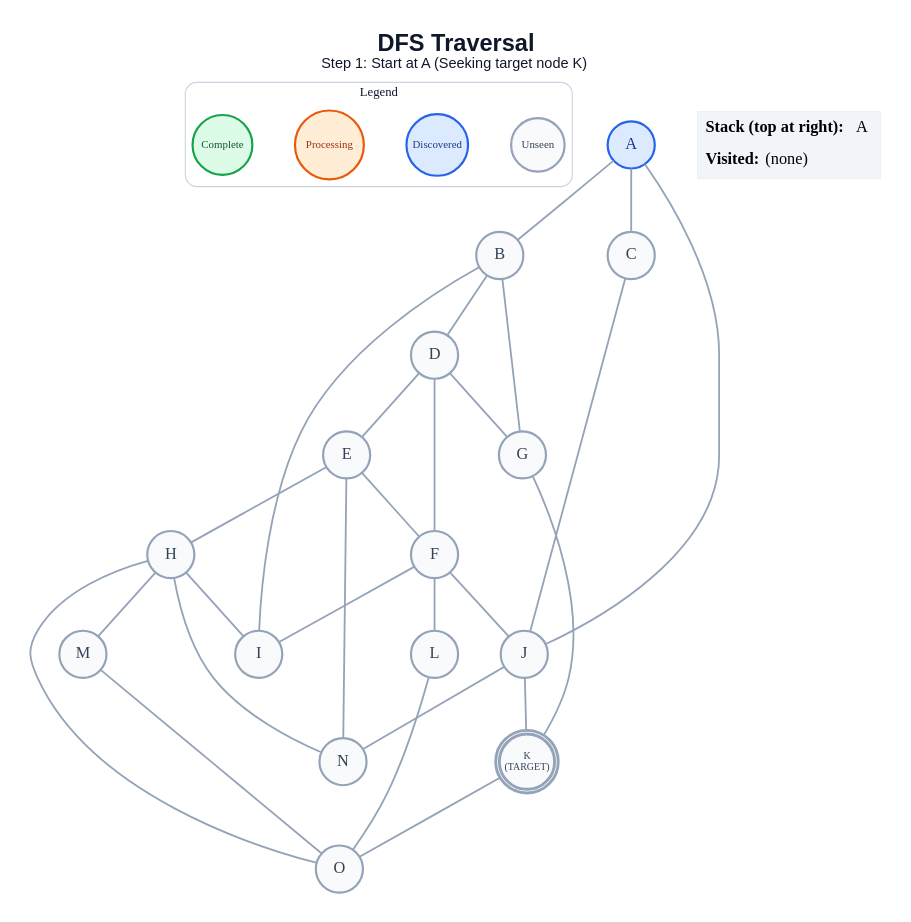
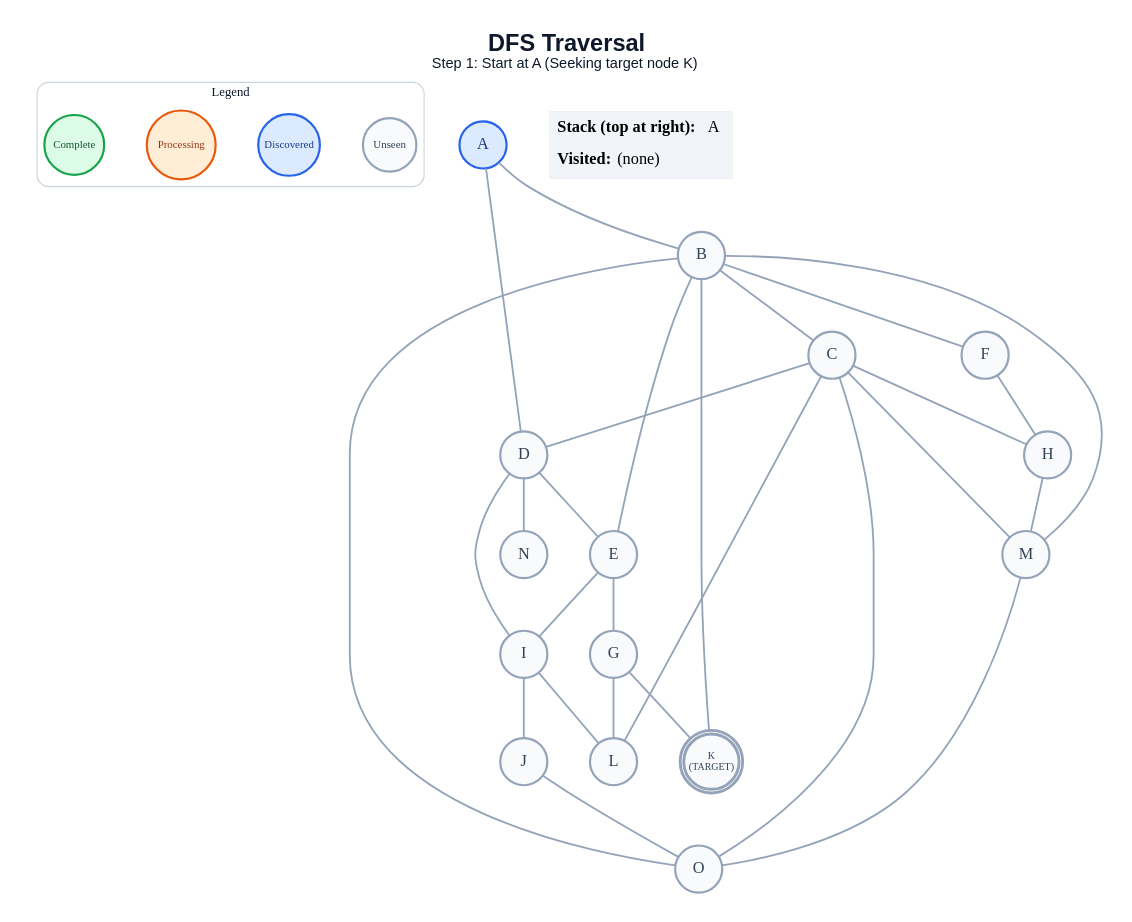
One commit to anon7238593-create/ai-slop changed the diagram in generated/dfs/step_01.dot. Above: the diagram before and after it, drawn with Graphviz. The commit also changed 245 other files, not shown here.

```diff
--- a/generated/dfs/step_01.dot
+++ b/generated/dfs/step_01.dot
@@ -1,60 +1,60 @@
 graph traversal {
   graph [layout=dot, rankdir=TB, bgcolor="#FFFFFF", pad="0.35", nodesep="0.65", ranksep="0.8", fontname="Arial"];
   node [shape=circle, style="filled", fontname="Arial Bold", fontsize=18, width=0.72, fixedsize=true, penwidth=2.4];
   edge [color="#94A3B8", penwidth=2.0];
   label=<<B>DFS Traversal</B><BR/><FONT POINT-SIZE="16">Step 1: Start at A (Seeking target node K)</FONT>>; labelloc="t"; fontsize=26; fontname="Arial"; fontcolor="#0F172A";
   subgraph cluster_legend { label="Legend"; color="#CBD5E1"; penwidth=1.2; style="rounded"; fontsize=14; fontname="Arial Bold";
     key_unseen [label="Unseen", fillcolor="#F8FAFC", color="#94A3B8", fontcolor="#334155", fontsize=12, width=0.82];
     key_frontier [label="Discovered", fillcolor="#DBEAFE", color="#2563EB", fontcolor="#1E3A8A", fontsize=12, width=0.95];
     key_current [label="Processing", fillcolor="#FFEDD5", color="#EA580C", fontcolor="#9A3412", fontsize=12, width=1.05];
     key_done [label="Complete", fillcolor="#DCFCE7", color="#16A34A", fontcolor="#14532D", fontsize=12, width=0.92];
     { rank=same; key_unseen; key_frontier; key_current; key_done; }
   }
   A [label="A", fillcolor="#DBEAFE", color="#2563EB", fontcolor="#1E3A8A", peripheries=1, penwidth=2.4];
   B [label="B", fillcolor="#F8FAFC", color="#94A3B8", fontcolor="#334155", peripheries=1, penwidth=2.4];
   C [label="C", fillcolor="#F8FAFC", color="#94A3B8", fontcolor="#334155", peripheries=1, penwidth=2.4];
   D [label="D", fillcolor="#F8FAFC", color="#94A3B8", fontcolor="#334155", peripheries=1, penwidth=2.4];
   E [label="E", fillcolor="#F8FAFC", color="#94A3B8", fontcolor="#334155", peripheries=1, penwidth=2.4];
   F [label="F", fillcolor="#F8FAFC", color="#94A3B8", fontcolor="#334155", peripheries=1, penwidth=2.4];
   G [label="G", fillcolor="#F8FAFC", color="#94A3B8", fontcolor="#334155", peripheries=1, penwidth=2.4];
   H [label="H", fillcolor="#F8FAFC", color="#94A3B8", fontcolor="#334155", peripheries=1, penwidth=2.4];
   I [label="I", fillcolor="#F8FAFC", color="#94A3B8", fontcolor="#334155", peripheries=1, penwidth=2.4];
   J [label="J", fillcolor="#F8FAFC", color="#94A3B8", fontcolor="#334155", peripheries=1, penwidth=2.4];
   K [label="K\n(TARGET)", fillcolor="#F8FAFC", color="#94A3B8", fontcolor="#334155", peripheries=2, penwidth=3.2, fontsize=11, width=0.85, height=0.85];
   L [label="L", fillcolor="#F8FAFC", color="#94A3B8", fontcolor="#334155", peripheries=1, penwidth=2.4];
   M [label="M", fillcolor="#F8FAFC", color="#94A3B8", fontcolor="#334155", peripheries=1, penwidth=2.4];
   N [label="N", fillcolor="#F8FAFC", color="#94A3B8", fontcolor="#334155", peripheries=1, penwidth=2.4];
   O [label="O", fillcolor="#F8FAFC", color="#94A3B8", fontcolor="#334155", peripheries=1, penwidth=2.4];
   A -- B;
-  A -- C;
-  A -- J;
-  B -- D;
-  B -- G;
-  B -- I;
-  C -- J;
+  A -- D;
+  B -- C;
+  B -- E;
+  B -- F;
+  B -- K;
+  B -- M;
+  B -- O;
+  C -- D;
+  C -- H;
+  C -- L;
+  C -- M;
+  C -- O;
   D -- E;
-  D -- F;
-  D -- G;
-  E -- F;
-  E -- H;
-  E -- N;
-  F -- I;
-  F -- J;
-  F -- L;
+  D -- I;
+  D -- N;
+  E -- G;
+  E -- I;
+  F -- H;
   G -- K;
-  H -- I;
+  G -- L;
   H -- M;
-  H -- N;
-  H -- O;
-  J -- K;
-  J -- N;
-  K -- O;
-  L -- O;
+  I -- J;
+  I -- L;
+  J -- O;
   M -- O;
   status [shape=plain, fixedsize=false, width=0, height=0, margin=0, label=<
     <TABLE BORDER="0" CELLBORDER="0" CELLPADDING="7" BGCOLOR="#F1F5F9">
       <TR><TD ALIGN="LEFT"><B>Stack (top at right):</B> A</TD></TR>
       <TR><TD ALIGN="LEFT"><B>Visited:</B> (none)</TD></TR>
     </TABLE>
   >];
 }
```
